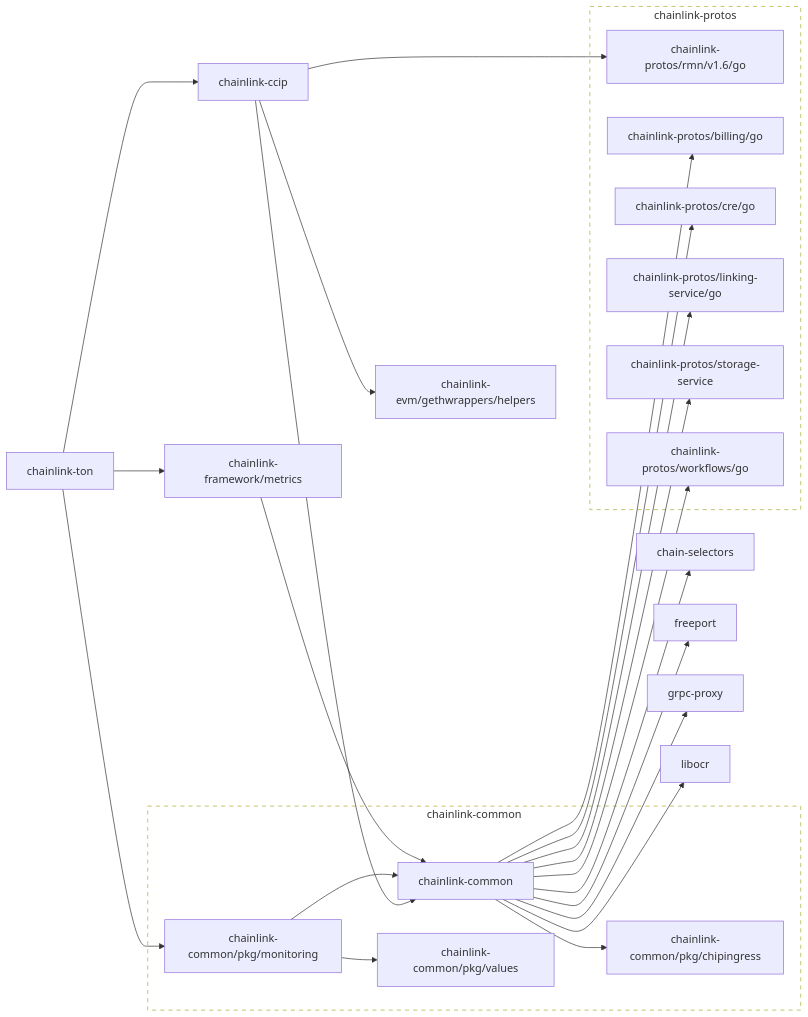
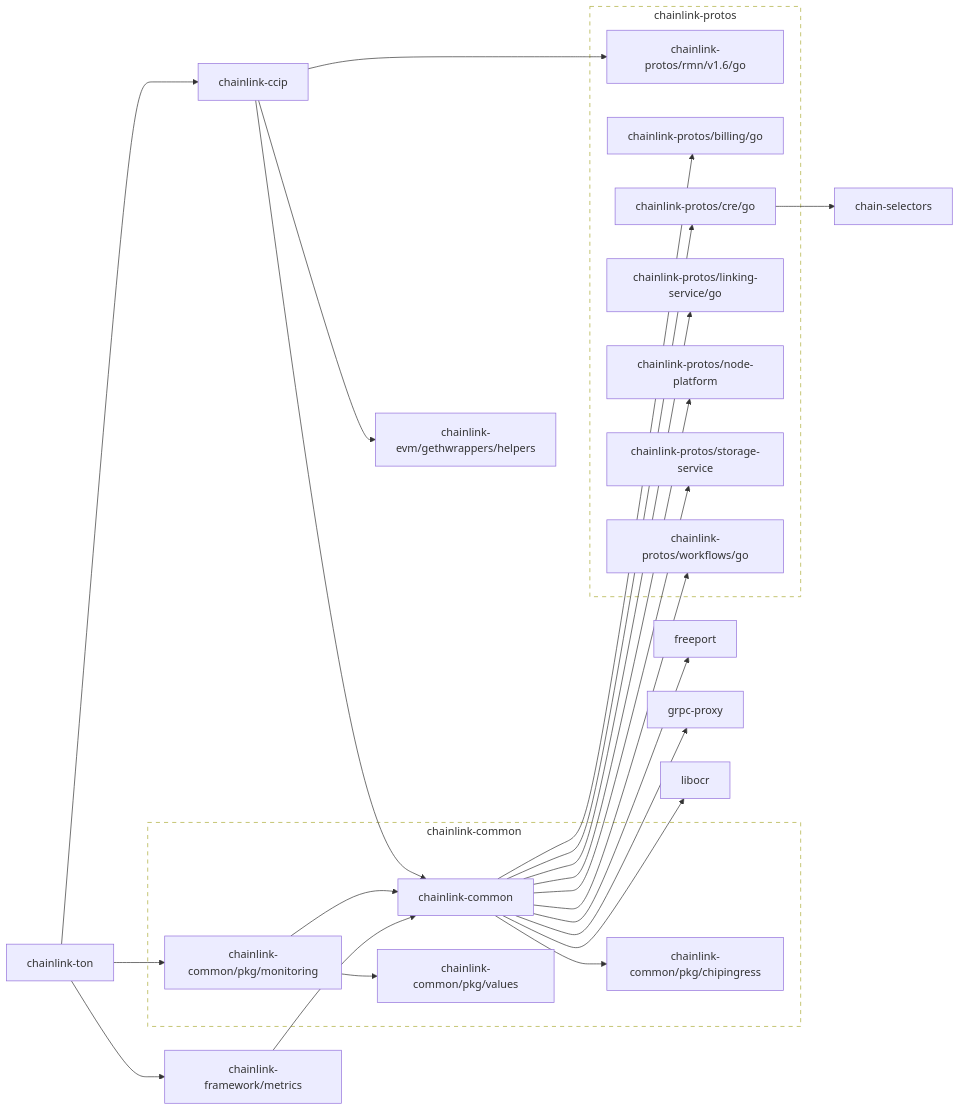
Before and after one commit to fork-the-planet/smartcontractkit___chainlink-ton: the first of 2 diagrams in go.md, drawn with Mermaid. The commit also changed other lines of this file and 15 other files, not shown here.

````diff
--- a/go.md
+++ b/go.md
@@ -3,75 +3,78 @@
 ```mermaid
 flowchart LR
 
 	chain-selectors
 	click chain-selectors href "https://github.com/smartcontractkit/chain-selectors"
 	chainlink-ccip --> chainlink-common
 	chainlink-ccip --> chainlink-evm/gethwrappers/helpers
 	chainlink-ccip --> chainlink-protos/rmn/v1.6/go
 	click chainlink-ccip href "https://github.com/smartcontractkit/chainlink-ccip"
-	chainlink-common --> chain-selectors
 	chainlink-common --> chainlink-common/pkg/chipingress
 	chainlink-common --> chainlink-protos/billing/go
 	chainlink-common --> chainlink-protos/cre/go
 	chainlink-common --> chainlink-protos/linking-service/go
+	chainlink-common --> chainlink-protos/node-platform
 	chainlink-common --> chainlink-protos/storage-service
 	chainlink-common --> chainlink-protos/workflows/go
 	chainlink-common --> freeport
 	chainlink-common --> grpc-proxy
 	chainlink-common --> libocr
 	click chainlink-common href "https://github.com/smartcontractkit/chainlink-common"
 	chainlink-common/pkg/chipingress
 	click chainlink-common/pkg/chipingress href "https://github.com/smartcontractkit/chainlink-common"
 	chainlink-common/pkg/monitoring --> chainlink-common
 	chainlink-common/pkg/monitoring --> chainlink-common/pkg/values
 	click chainlink-common/pkg/monitoring href "https://github.com/smartcontractkit/chainlink-common"
 	chainlink-common/pkg/values
 	click chainlink-common/pkg/values href "https://github.com/smartcontractkit/chainlink-common"
 	chainlink-evm/gethwrappers/helpers
 	click chainlink-evm/gethwrappers/helpers href "https://github.com/smartcontractkit/chainlink-evm"
 	chainlink-framework/metrics --> chainlink-common
 	click chainlink-framework/metrics href "https://github.com/smartcontractkit/chainlink-framework"
 	chainlink-protos/billing/go
 	click chainlink-protos/billing/go href "https://github.com/smartcontractkit/chainlink-protos"
-	chainlink-protos/cre/go
+	chainlink-protos/cre/go --> chain-selectors
 	click chainlink-protos/cre/go href "https://github.com/smartcontractkit/chainlink-protos"
 	chainlink-protos/linking-service/go
 	click chainlink-protos/linking-service/go href "https://github.com/smartcontractkit/chainlink-protos"
+	chainlink-protos/node-platform
+	click chainlink-protos/node-platform href "https://github.com/smartcontractkit/chainlink-protos"
 	chainlink-protos/rmn/v1.6/go
 	click chainlink-protos/rmn/v1.6/go href "https://github.com/smartcontractkit/chainlink-protos"
 	chainlink-protos/storage-service
 	click chainlink-protos/storage-service href "https://github.com/smartcontractkit/chainlink-protos"
 	chainlink-protos/workflows/go
 	click chainlink-protos/workflows/go href "https://github.com/smartcontractkit/chainlink-protos"
 	chainlink-ton --> chainlink-ccip
 	chainlink-ton --> chainlink-common/pkg/monitoring
 	chainlink-ton --> chainlink-framework/metrics
 	click chainlink-ton href "https://github.com/smartcontractkit/chainlink-ton"
 	freeport
 	click freeport href "https://github.com/smartcontractkit/freeport"
 	grpc-proxy
 	click grpc-proxy href "https://github.com/smartcontractkit/grpc-proxy"
 	libocr
 	click libocr href "https://github.com/smartcontractkit/libocr"
 
 	subgraph chainlink-common-repo[chainlink-common]
 		 chainlink-common
 		 chainlink-common/pkg/chipingress
 		 chainlink-common/pkg/monitoring
 		 chainlink-common/pkg/values
 	end
 	click chainlink-common-repo href "https://github.com/smartcontractkit/chainlink-common"
 
 	subgraph chainlink-protos-repo[chainlink-protos]
 		 chainlink-protos/billing/go
 		 chainlink-protos/cre/go
 		 chainlink-protos/linking-service/go
+		 chainlink-protos/node-platform
 		 chainlink-protos/rmn/v1.6/go
 		 chainlink-protos/storage-service
 		 chainlink-protos/workflows/go
 	end
 	click chainlink-protos-repo href "https://github.com/smartcontractkit/chainlink-protos"
 
 	classDef outline stroke-dasharray:6,fill:none;
 	class chainlink-common-repo,chainlink-protos-repo outline
 ```
````
